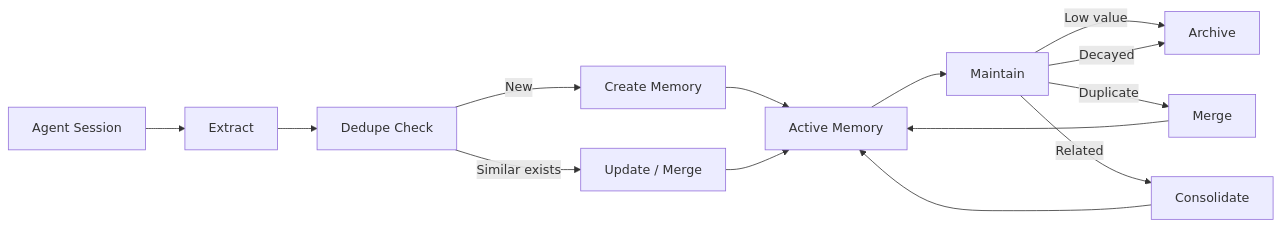
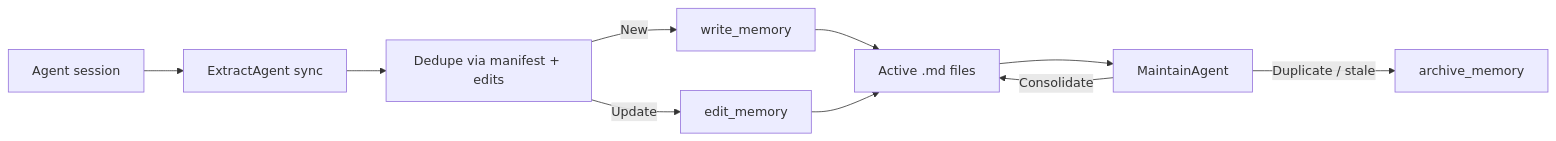
The diagram in docs/concepts/memory-model.md (lerim-dev/lerim-cli), drawn with Mermaid before and after one commit. The commit also changed other lines of this file and 33 other files, not shown here.

First line of the commit message:
refactor: update Lerim's memory architecture and agent roles

````diff
--- a/docs/concepts/memory-model.md
+++ b/docs/concepts/memory-model.md
@@ -53,16 +38,12 @@
 ```mermaid
 flowchart LR
-    A["Agent Session"] --> B["Extract"]
-    B --> C["Dedupe Check"]
-    C -->|New| D["Create Memory"]
-    C -->|Similar exists| E["Update / Merge"]
-    D --> F["Active Memory"]
+    A["Agent session"] --> B["ExtractAgent sync"]
+    B --> C["Dedupe via manifest + edits"]
+    C -->|New| D["write_memory"]
+    C -->|Update| E["edit_memory"]
+    D --> F["Active .md files"]
     E --> F
-    F --> G["Maintain"]
-    G -->|Low value| H["Archive"]
-    G -->|Duplicate| I["Merge"]
-    G -->|Decayed| H
-    G -->|Related| J["Consolidate"]
-    I --> F
-    J --> F
+    F --> G["MaintainAgent"]
+    G -->|Duplicate / stale| H["archive_memory"]
+    G -->|Consolidate| F
 ```
````
